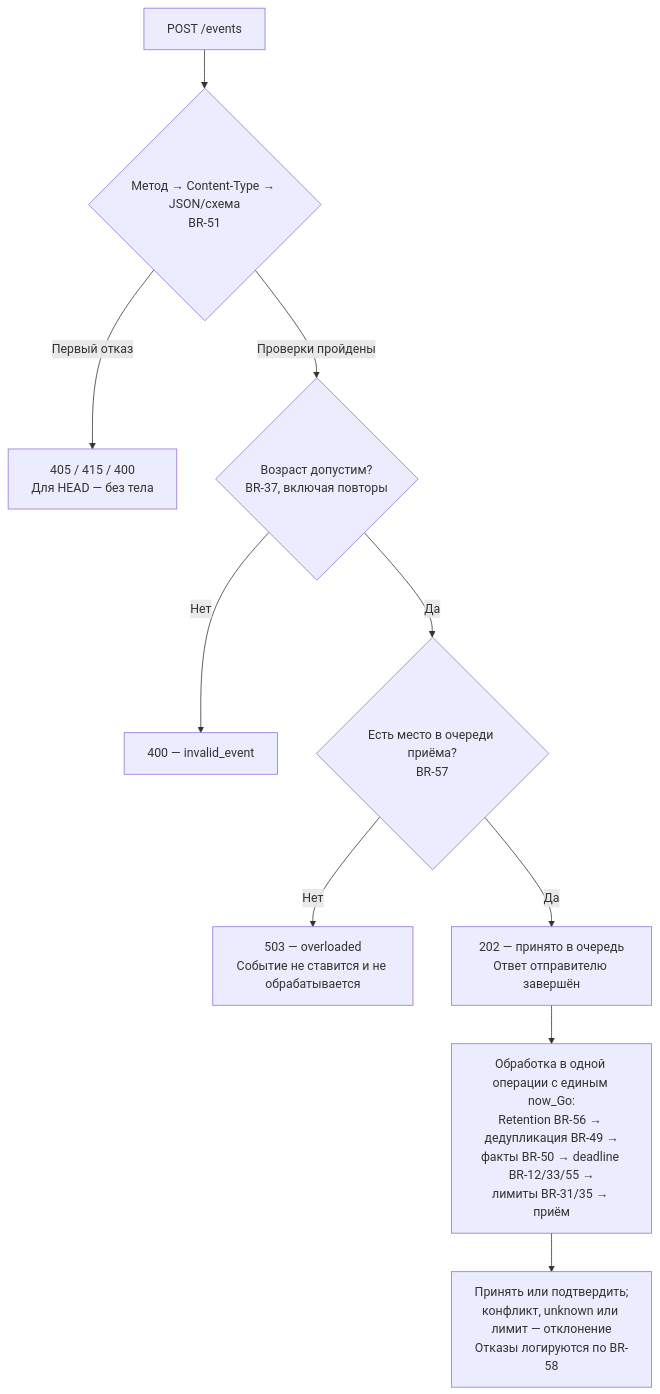
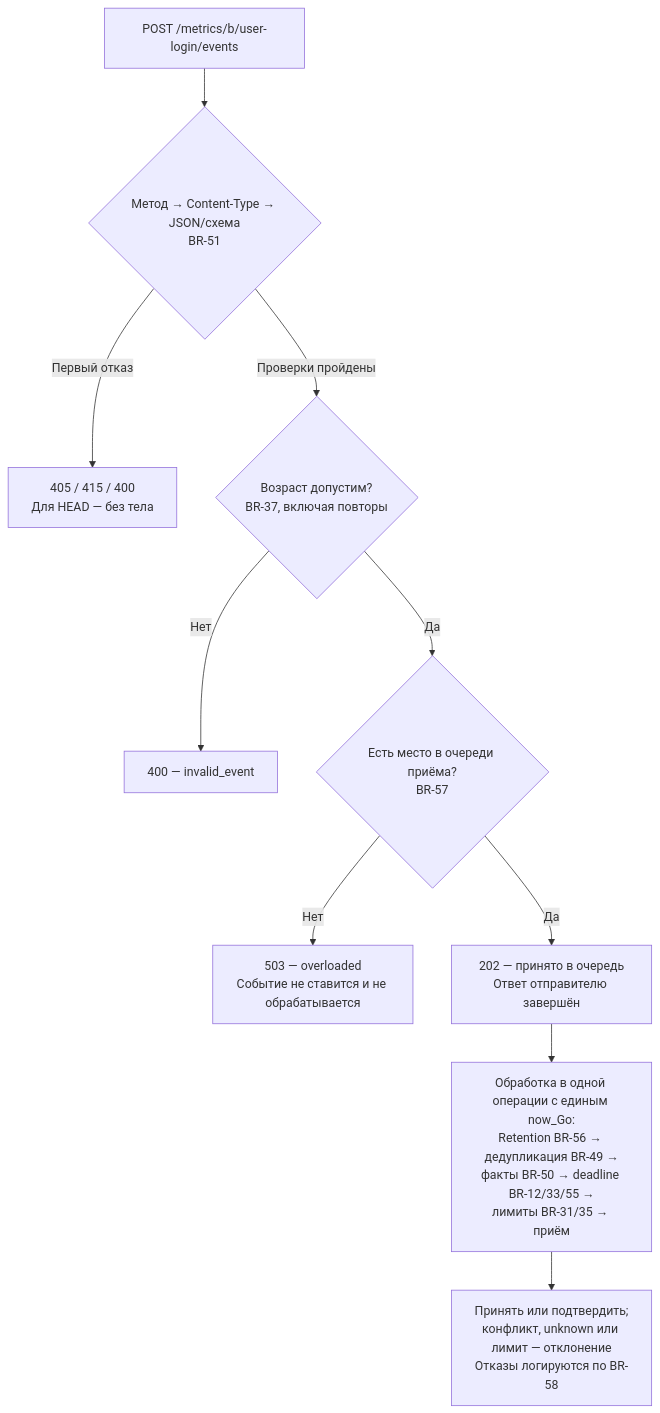
One commit to vendelev/sre-metrics changed the second of 3 diagrams in docs/specs/login-observability.md. Above: the diagram before and after it, drawn with Mermaid. The commit also changed other lines of this file and 29 other files, not shown here.

````diff
--- a/docs/specs/login-observability.md
+++ b/docs/specs/login-observability.md
@@ -528,12 +528,12 @@
 ```mermaid
 flowchart TD
-    Request["POST /events"] --> Format{"Метод → Content-Type → JSON/схема<br/>BR-51"}
+    Request["POST /metrics/b/user-login/events"] --> Format{"Метод → Content-Type → JSON/схема<br/>BR-51"}
     Format -->|"Первый отказ"| Invalid["405 / 415 / 400<br/>Для HEAD — без тела"]
     Format -->|"Проверки пройдены"| Age{"Возраст допустим?<br/>BR-37, включая повторы"}
     Age -->|"Нет"| BadAge["400 — invalid_event"]
     Age -->|"Да"| Queue{"Есть место в очереди приёма?<br/>BR-57"}
     Queue -->|"Нет"| Full["503 — overloaded<br/>Событие не ставится и не обрабатывается"]
     Queue -->|"Да"| Accepted["202 — принято в очередь<br/>Ответ отправителю завершён"]
     Accepted --> Worker["Обработка в одной операции с единым now_Go:<br/>Retention BR-56 → дедупликация BR-49 →<br/>факты BR-50 → deadline BR-12/33/55 →<br/>лимиты BR-31/35 → приём"]
     Worker --> Outcome["Принять или подтвердить;<br/>конфликт, unknown или лимит — отклонение<br/>Отказы логируются по BR-58"]
 ```
````
